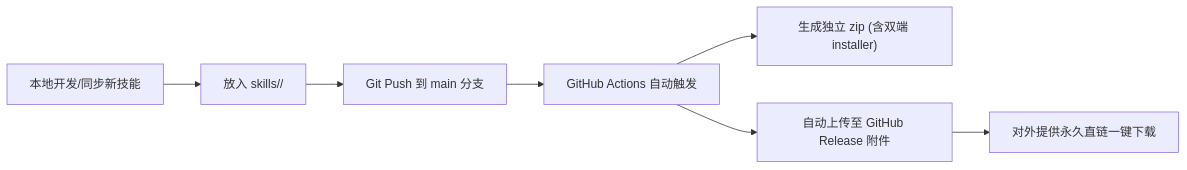
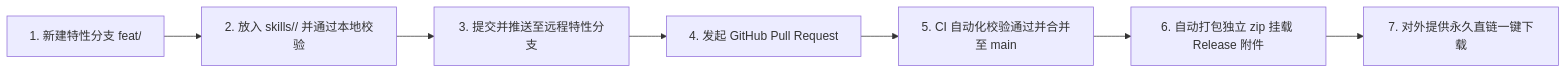
One commit to nanszyt/open-agent-skills changed the diagram in README.md. Above: the diagram before and after it, drawn with Mermaid. The commit also changed other lines of this file and 14 other files, not shown here.

````diff
--- a/README.md
+++ b/README.md
@@ -53,9 +55,9 @@
 ```mermaid
 flowchart LR
-    A["本地开发/同步新技能"] --> B["放入 skills/<new-skill>/"]
-    B --> C["Git Push 到 main 分支"]
-    C --> D["GitHub Actions 自动触发"]
-    D --> E["生成独立 zip (含双端 installer)"]
-    D --> F["自动上传至 GitHub Release 附件"]
-    F --> G["对外提供永久直链一键下载"]
+    A["1. 新建特性分支 feat/<skill>"] --> B["2. 放入 skills/<skill>/ 并通过本地校验"]
+    B --> C["3. 提交并推送至远程特性分支"]
+    C --> D["4. 发起 GitHub Pull Request"]
+    D --> E["5. CI 自动化校验通过并合并至 main"]
+    E --> F["6. 自动打包独立 zip 挂载 Release 附件"]
+    F --> G["7. 对外提供永久直链一键下载"]
 ```
````
